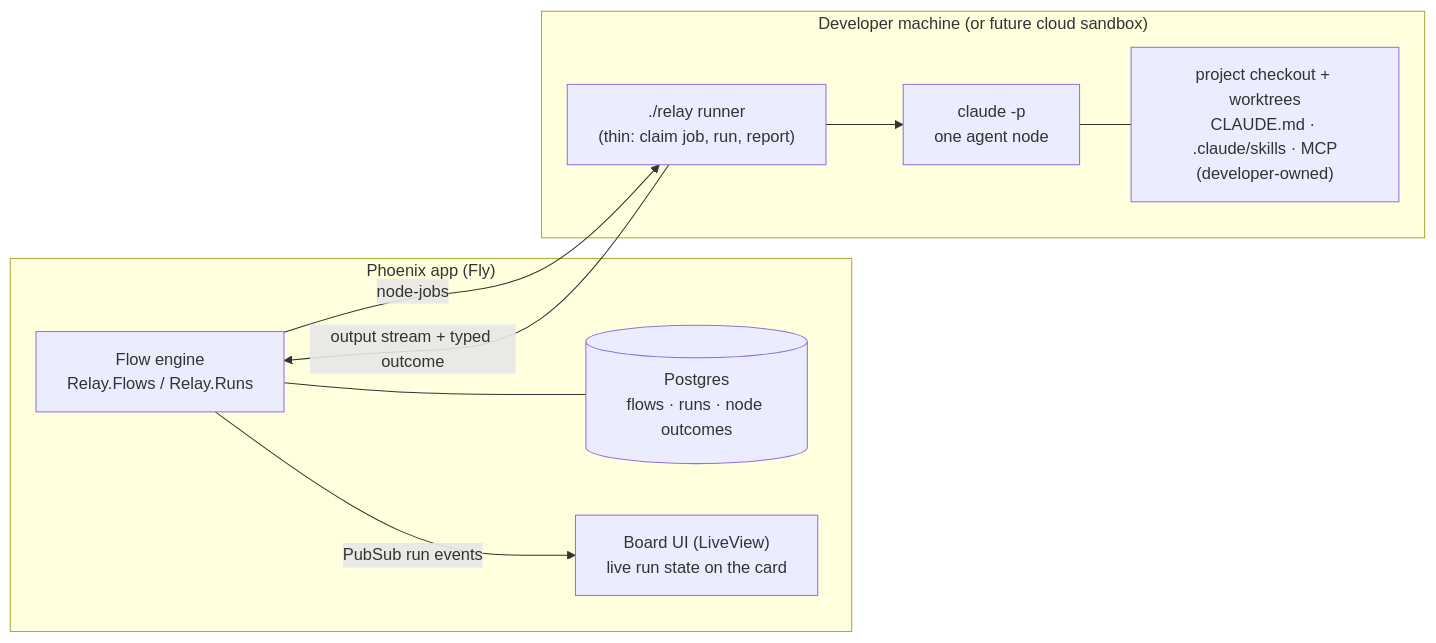
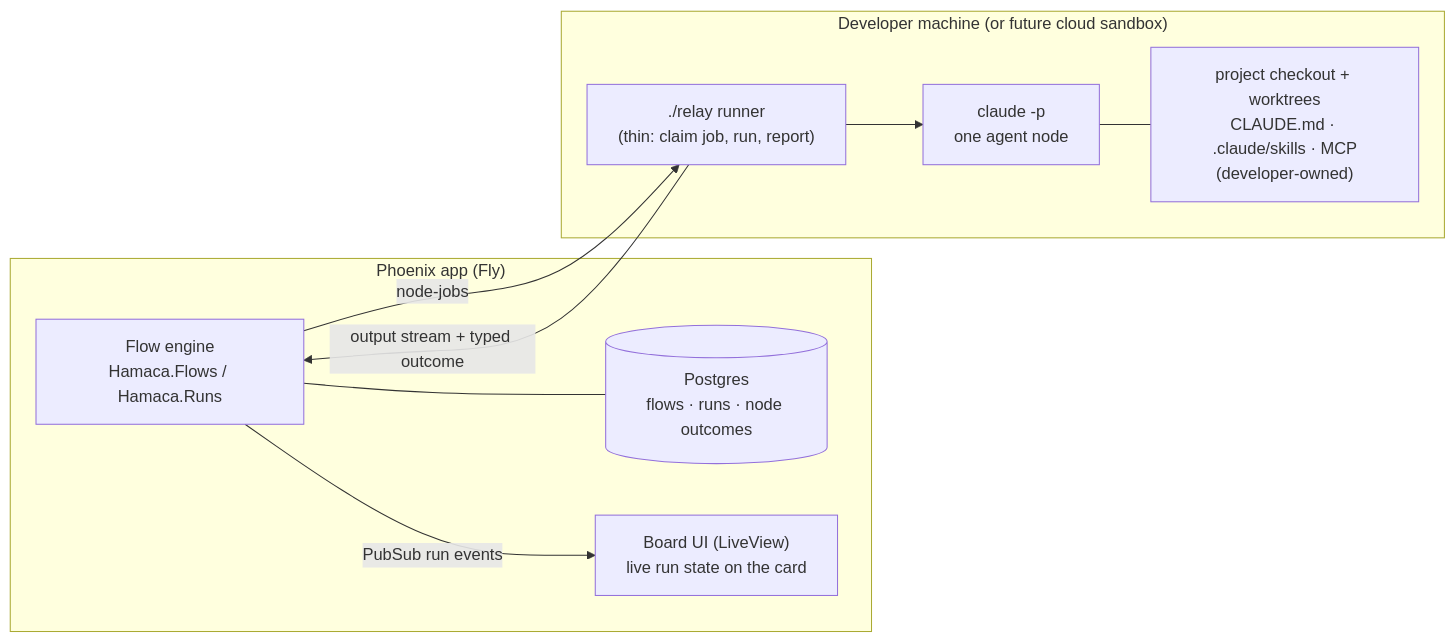
The first of 4 diagrams in docs/architecture/runtime.md (jeremylightsmith/relay), drawn with Mermaid before and after one commit. The commit also changed other lines of this file and 1704 other files, not shown here.

````diff
--- a/docs/architecture/runtime.md
+++ b/docs/architecture/runtime.md
@@ -5,19 +5,19 @@
 ```mermaid
 flowchart LR
     subgraph fly["Phoenix app (Fly)"]
-        engine["Flow engine<br/>Relay.Flows / Relay.Runs"]
+        engine["Flow engine<br/>Hamaca.Flows / Hamaca.Runs"]
         db[("Postgres<br/>flows · runs · node outcomes")]
         board["Board UI (LiveView)<br/>live run state on the card"]
         engine --- db
         engine -- "PubSub run events" --> board
     end
     subgraph dev["Developer machine (or future cloud sandbox)"]
         exec["./relay runner<br/>(thin: claim job, run, report)"]
         agent["claude -p<br/>one agent node"]
         repo["project checkout + worktrees<br/>CLAUDE.md · .claude/skills · MCP<br/>(developer-owned)"]
         exec --> agent
         agent --- repo
     end
     engine -- "node-jobs" --> exec
     exec -- "output stream + typed outcome" --> engine
 ```
````
